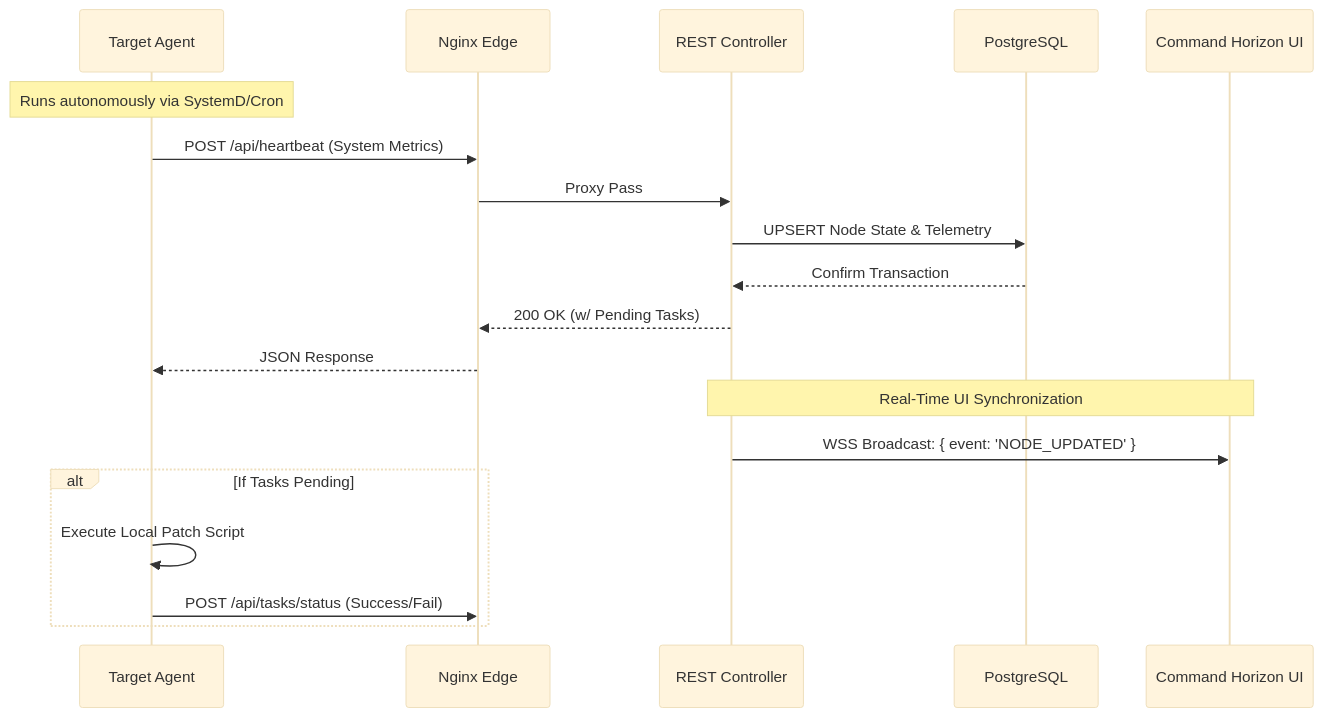
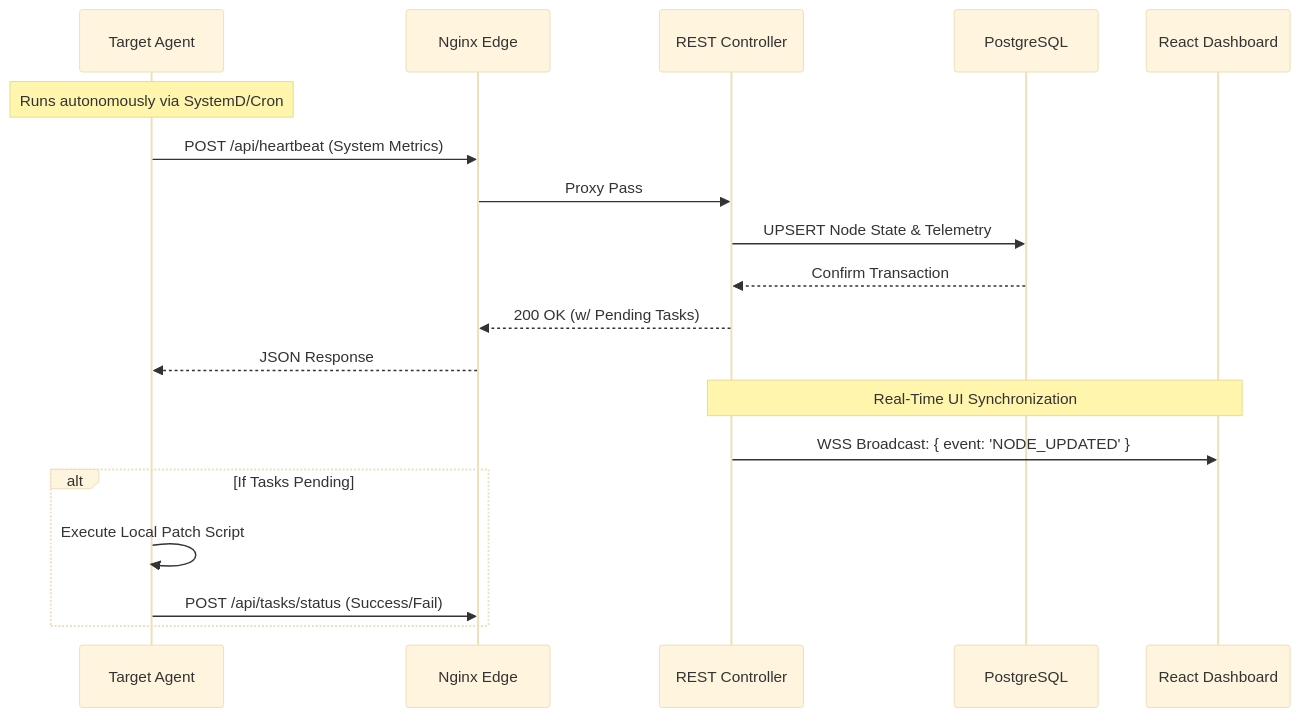
One commit to patchmastertool-ai/patchmaster changed the second of 2 diagrams in README.md. Above: the diagram before and after it, drawn with Mermaid (base theme). The commit also changed other lines of this file, not shown here.

Commit message:
docs: Update README to reflect use of legacy React dashboard instead of Stitch UI Builder

````diff
--- a/README.md
+++ b/README.md
@@ -90,24 +90,24 @@
 ```mermaid
 sequenceDiagram
     participant Agent as Target Agent
     participant Nginx as Nginx Edge
     participant API as REST Controller
     participant DB as PostgreSQL
-    participant UI as Command Horizon UI
+    participant UI as React Dashboard
 
     Note over Agent: Runs autonomously via SystemD/Cron
     Agent->>Nginx: POST /api/heartbeat (System Metrics)
     Nginx->>API: Proxy Pass
     API->>DB: UPSERT Node State & Telemetry
     DB-->>API: Confirm Transaction
     API-->>Nginx: 200 OK (w/ Pending Tasks)
     Nginx-->>Agent: JSON Response
     
     Note over API, UI: Real-Time UI Synchronization
     API->>UI: WSS Broadcast: { event: 'NODE_UPDATED' }
     
     alt If Tasks Pending
         Agent->>Agent: Execute Local Patch Script
         Agent->>Nginx: POST /api/tasks/status (Success/Fail)
     end
 ```
````
